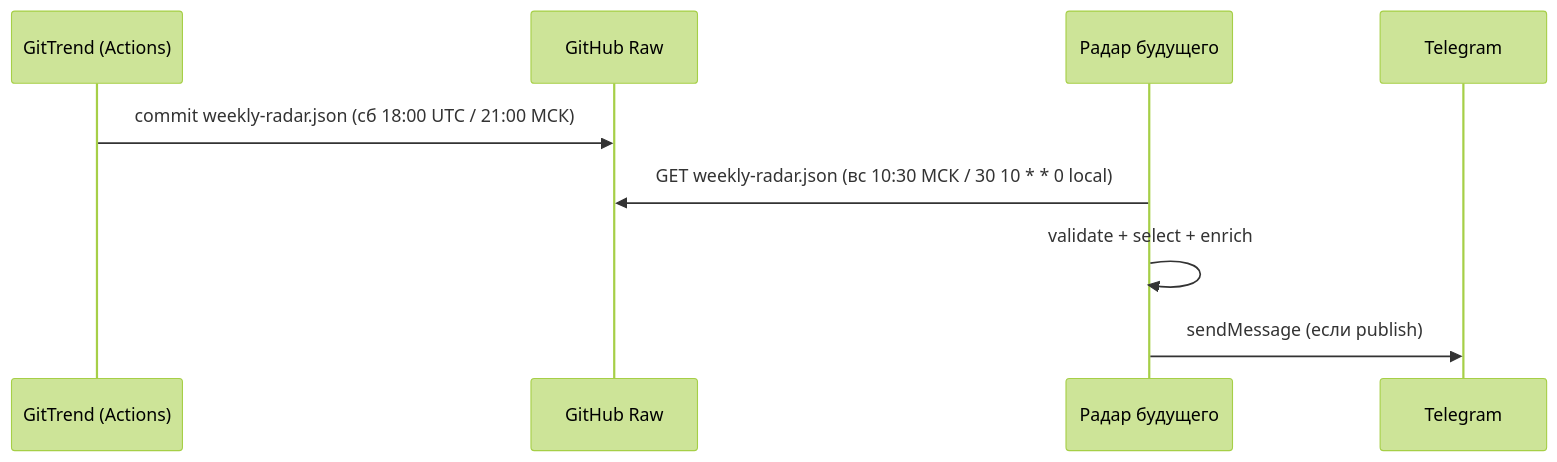
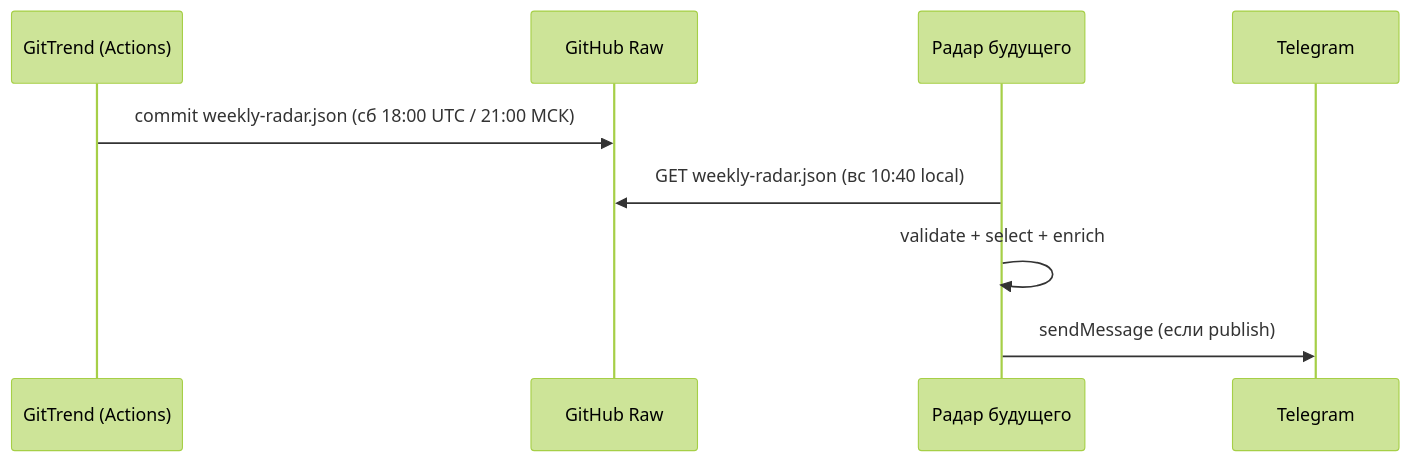
The diagram in RADAR-SCHEDULE-UPDATE.md (zobnin8-ux/radar), drawn with Mermaid (forest theme) before and after one commit. The commit also changed other lines of this file and 7 other files, not shown here.

````diff
--- a/RADAR-SCHEDULE-UPDATE.md
+++ b/RADAR-SCHEDULE-UPDATE.md
@@ -93,12 +104,12 @@
 ```mermaid
 sequenceDiagram
   participant GT as GitTrend (Actions)
   participant GH as GitHub Raw
   participant RF as Радар будущего
   participant TG as Telegram
 
   GT->>GH: commit weekly-radar.json (сб 18:00 UTC / 21:00 МСК)
-  RF->>GH: GET weekly-radar.json (вс 10:30 МСК / 30 10 * * 0 local)
+  RF->>GH: GET weekly-radar.json (вс 10:40 local)
   RF->>RF: validate + select + enrich
   RF->>TG: sendMessage (если publish)
 ```
````
